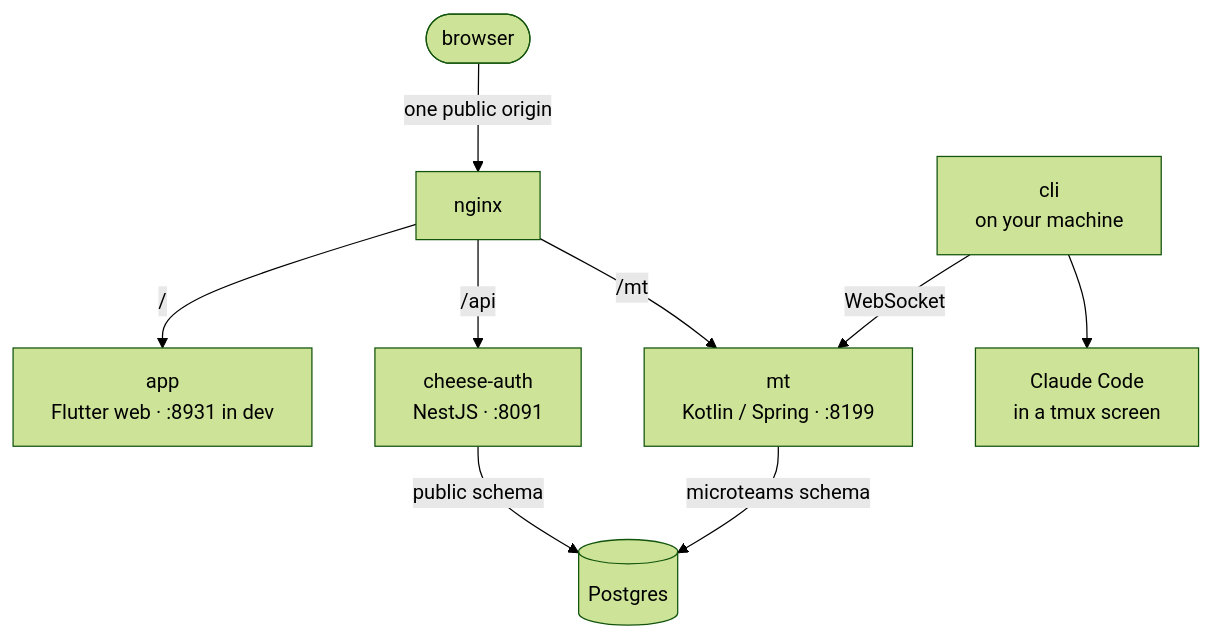
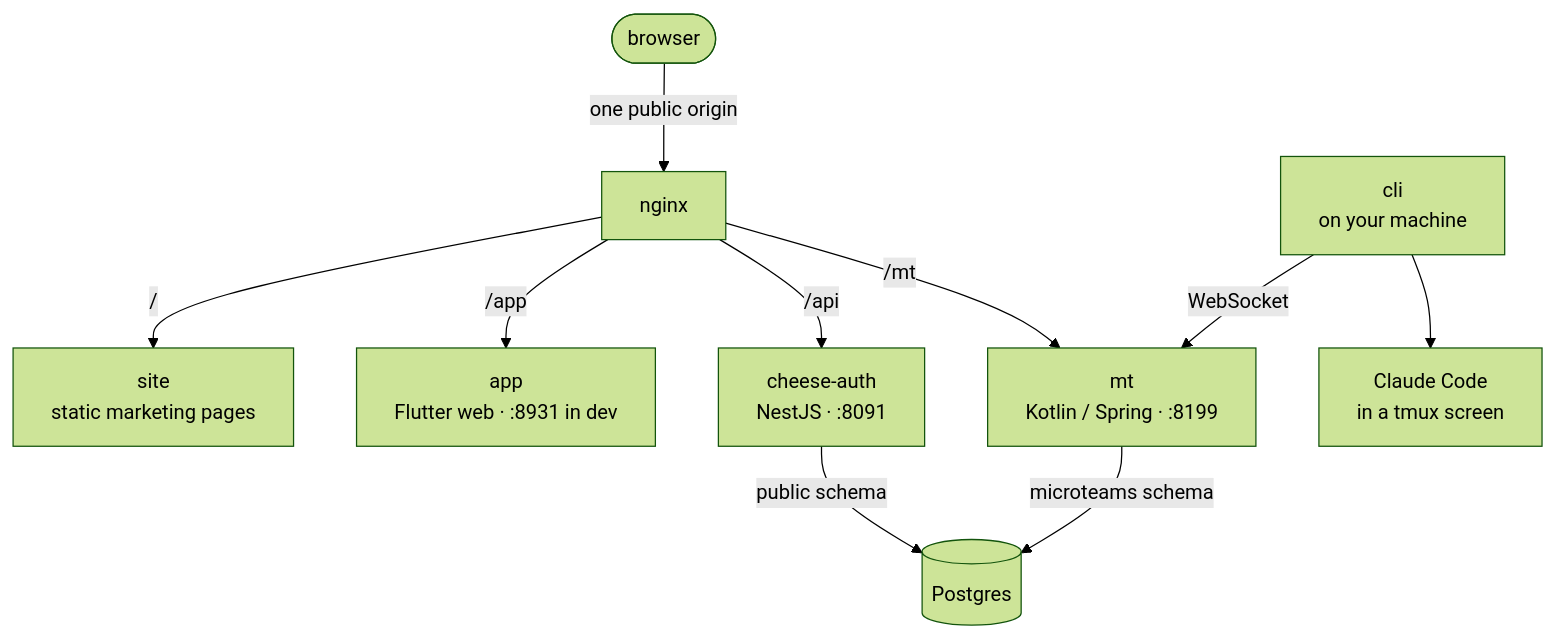
The diagram in README.md (micro-teams/micro-teams), drawn with Mermaid (forest theme) before and after one commit. The commit also changed other lines of this file and 12 other files, not shown here.

````diff
--- a/README.md
+++ b/README.md
@@ -60,11 +61,12 @@
 ```mermaid
 flowchart TD
     browser(["browser"]) -->|one public origin| nginx["nginx"]
-    nginx -->|"/"| app["app<br/>Flutter web · :8931 in dev"]
+    nginx -->|"/"| site["site<br/>static marketing pages"]
+    nginx -->|"/app"| app["app<br/>Flutter web · :8931 in dev"]
     nginx -->|"/api"| auth["cheese-auth<br/>NestJS · :8091"]
     nginx -->|"/mt"| mt["mt<br/>Kotlin / Spring · :8199"]
     cli["cli<br/>on your machine"] -->|WebSocket| mt
     cli --> claude["Claude Code<br/>in a tmux screen"]
     auth -->|public schema| pg[("Postgres")]
     mt -->|microteams schema| pg
 ```
````
